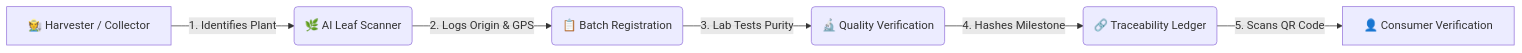
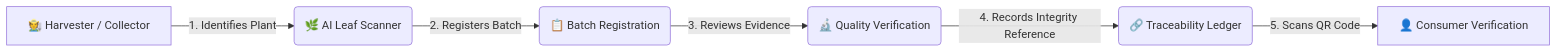
Before and after one commit to varunurugonda253-aiml/Farm2Ayur: the diagram in docs/PRD.md, drawn with Mermaid. The commit also changed other lines of this file, not shown here.

````diff
--- a/docs/PRD.md
+++ b/docs/PRD.md
@@ -85,8 +89,8 @@
 ```mermaid
 flowchart LR
     A[🧑‍🌾 Harvester / Collector] -->|1. Identifies Plant| B(🌿 AI Leaf Scanner)
-    B -->|2. Logs Origin & GPS| C(📋 Batch Registration)
-    C -->|3. Lab Tests Purity| D(🔬 Quality Verification)
-    D -->|4. Hashes Milestone| E(🔗 Traceability Ledger)
+    B -->|2. Registers Batch| C(📋 Batch Registration)
+    C -->|3. Reviews Evidence| D(🔬 Quality Verification)
+    D -->|4. Records Integrity Reference| E(🔗 Traceability Ledger)
     E -->|5. Scans QR Code| F[👤 Consumer Verification]
 ```
````
